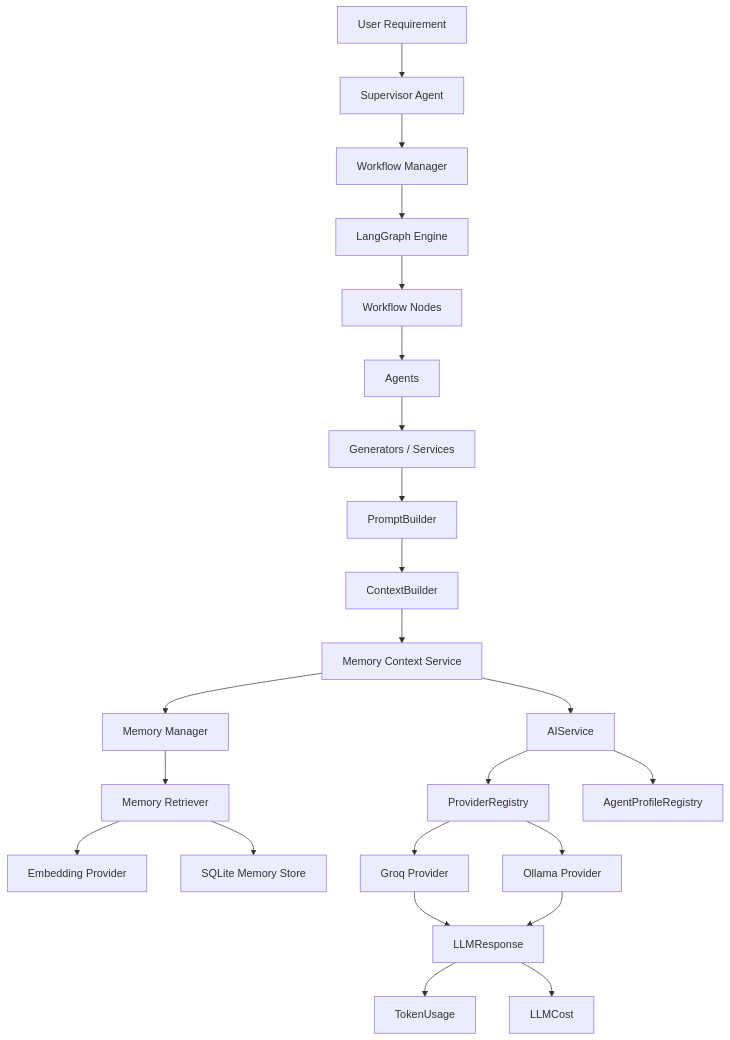
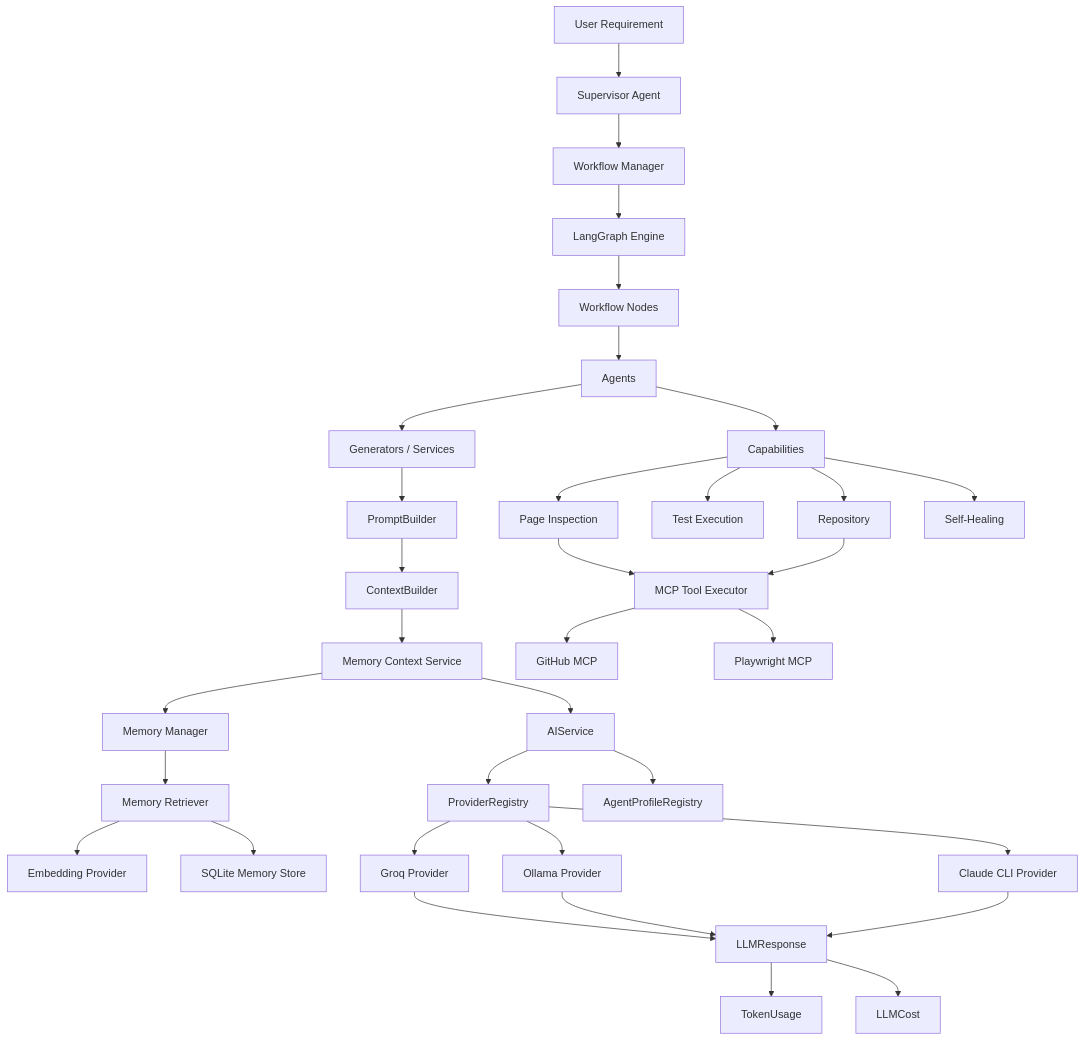
One commit to shaarv70/QAgentic changed the first of 2 diagrams in README.md. Above: the diagram before and after it, drawn with Mermaid. The commit also changed other lines of this file and 59 other files, not shown here.

````diff
--- a/README.md
+++ b/README.md
@@ -119,10 +173,21 @@
 
 R["Groq Provider"]
 S["Ollama Provider"]
+S2["Claude CLI Provider"]
 
 T["LLMResponse"]
 U["TokenUsage"]
 V["LLMCost"]
+
+CAP["Capabilities"]
+PI["Page Inspection"]
+TE["Test Execution"]
+REPO["Repository"]
+SH["Self-Healing"]
+
+MCP["MCP Tool Executor"]
+GH["GitHub MCP"]
+PW["Playwright MCP"]
 
 A --> B
 B --> C
@@ -146,10 +211,23 @@
 
 P --> R
 P --> S
+P --> S2
 
 R --> T
 S --> T
+S2 --> T
 
 T --> U
 T --> V
+
+F --> CAP
+CAP --> PI
+CAP --> TE
+CAP --> REPO
+CAP --> SH
+
+PI --> MCP
+REPO --> MCP
+MCP --> GH
+MCP --> PW
 ```
````
